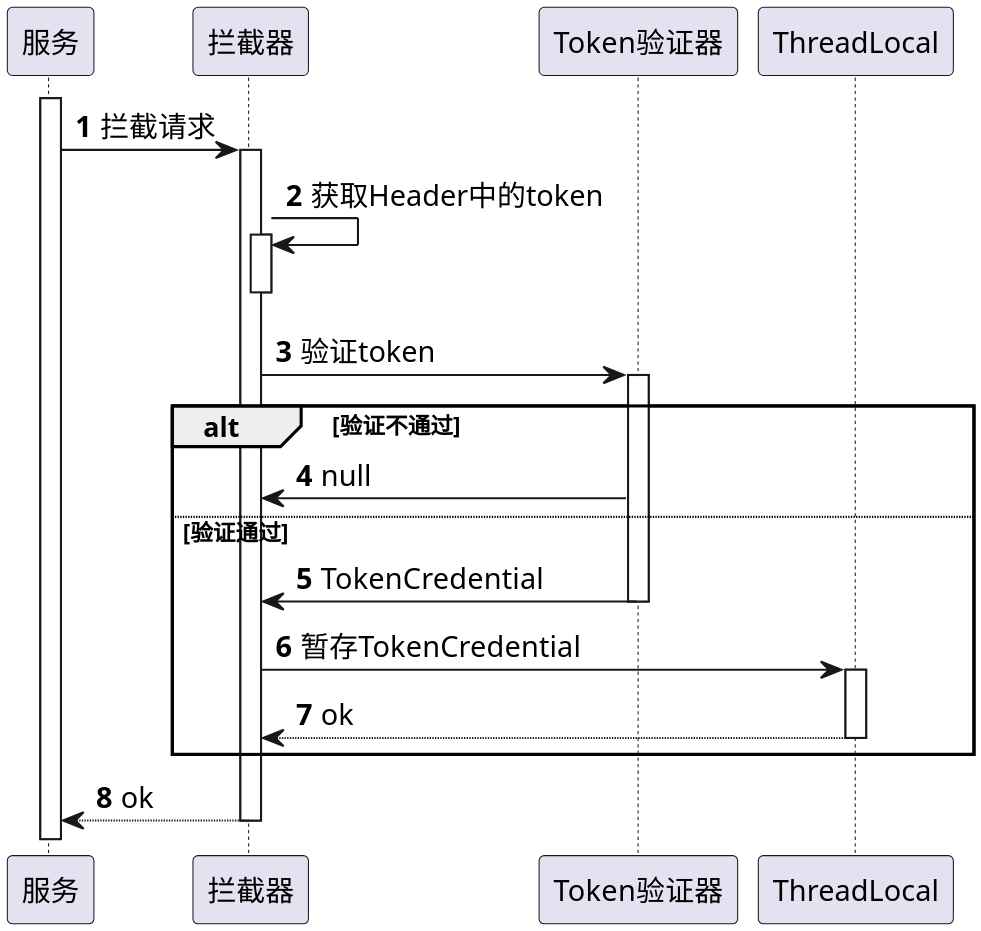
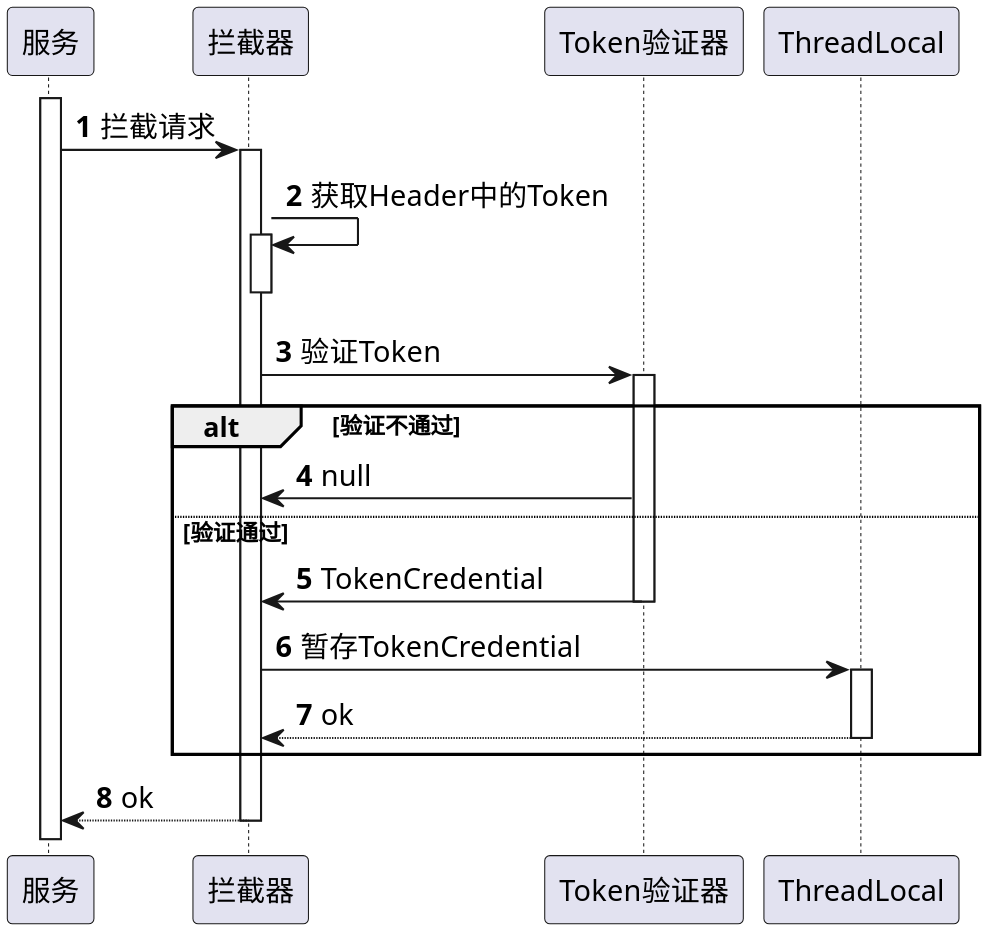
Before and after one commit to Etherealss/MessagePusher: the diagram in uml/security/token检验/1.1-拦截HTTP请求并校验Token.puml, drawn with PlantUML. The commit also changed 18 other files, not shown here.

```diff
--- a/uml/security/token检验/1.1-拦截HTTP请求并校验Token.puml
+++ b/uml/security/token检验/1.1-拦截HTTP请求并校验Token.puml
@@ -1,32 +1,33 @@
 @startuml
 'https://plantuml.com/sequence-diagram
 
 skinparam shadowing false
 skinparam defaultFontName xfonts-wqy
+skinparam defaultFontName times
 skinparam dpi 300
 skinparam activity  {
     DiamondFontSize 14
     ArrowFontSize 14
     FontSize 14
 }
 autonumber
 
 participant 服务 as Server
 participant 拦截器 as HeaderInterceptor
 participant Token验证器 as ICreentialVerifier
 participant ThreadLocal as ThreadLocal
 
 activate Server
 Server -> HeaderInterceptor ++: 拦截请求
-HeaderInterceptor -> HeaderInterceptor++--: 获取Header中的token
-HeaderInterceptor -> ICreentialVerifier ++: 验证token
+HeaderInterceptor -> HeaderInterceptor++--: 获取Header中的Token
+HeaderInterceptor -> ICreentialVerifier ++: 验证Token
 alt 验证不通过
     HeaderInterceptor <- ICreentialVerifier: null
 else 验证通过
     HeaderInterceptor <- ICreentialVerifier--: TokenCredential
     HeaderInterceptor -> ThreadLocal ++: 暂存TokenCredential
     return ok
 end
 return ok
 
 @enduml
```
